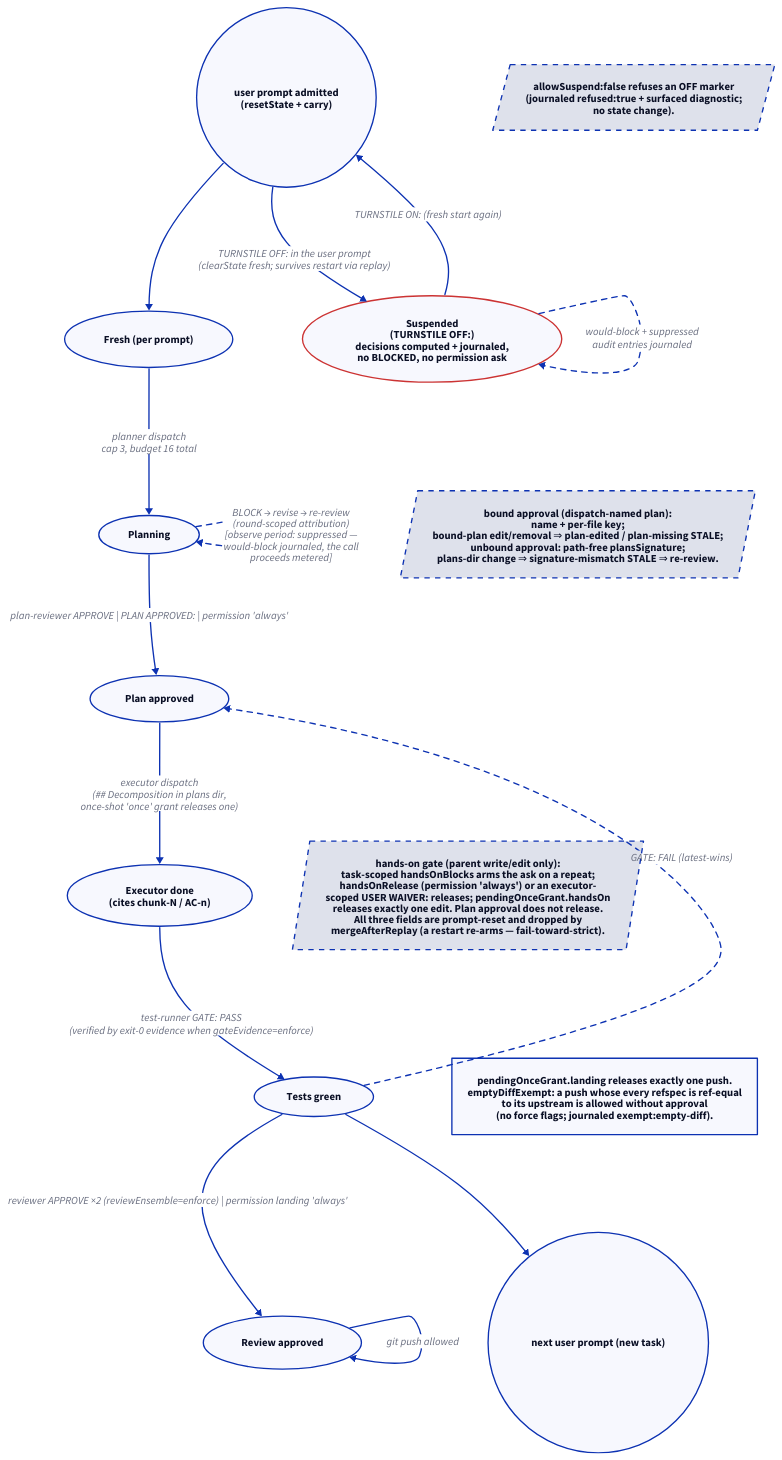
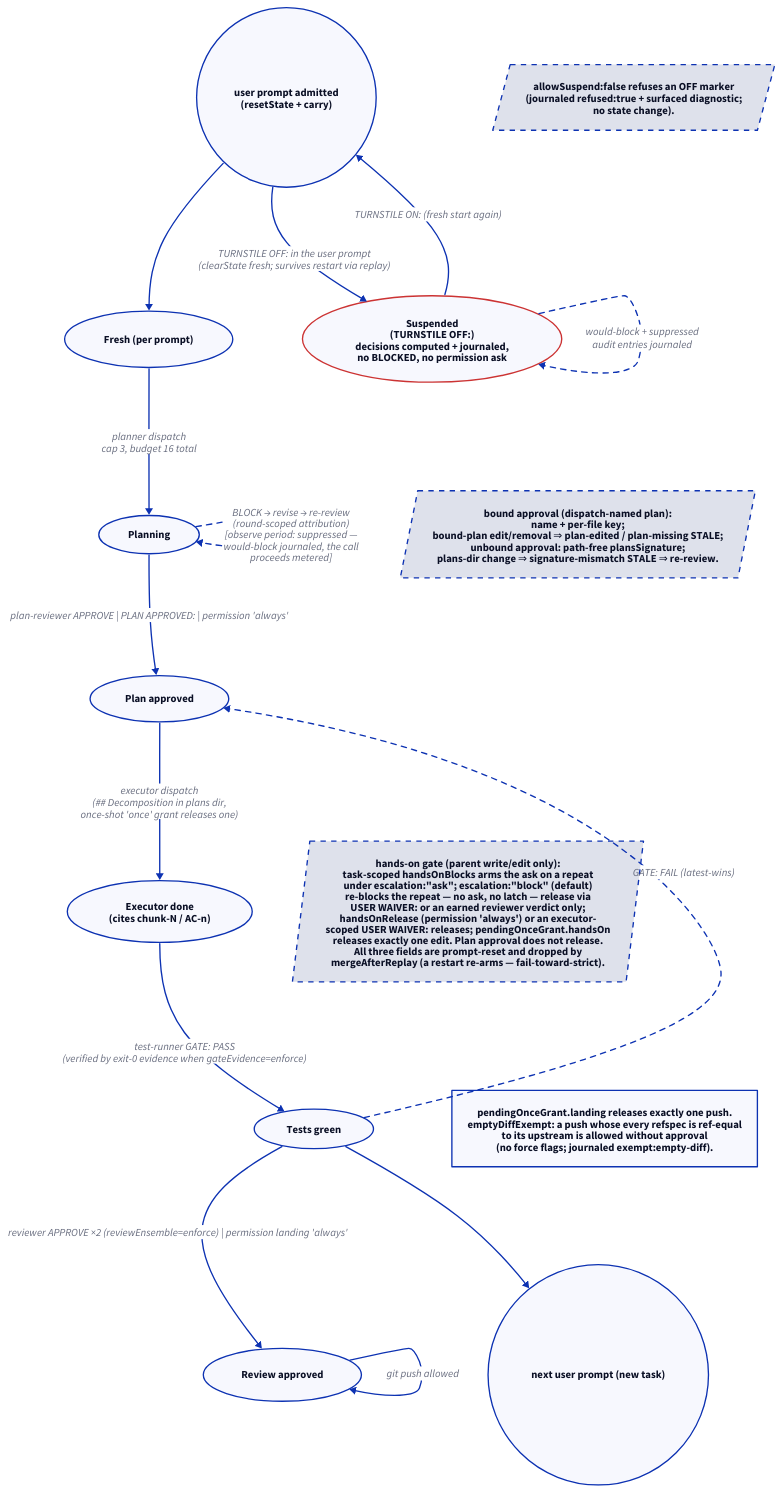
Before and after one commit to edseabolt/turnstile: the diagram in docs/diagrams/d04-gate-state.d2, drawn with D2. The commit also changed 23 other files, not shown here.

Commit message:
feat(gate)!: default escalation to block-only release (escalation: ask|block)

```diff
--- a/docs/diagrams/d04-gate-state.d2
+++ b/docs/diagrams/d04-gate-state.d2
@@ -1,78 +1,78 @@
 direction: down
 
 fresh: "Fresh (per prompt)" {
   shape: oval
 }
 planning: "Planning" {
   shape: oval
 }
 planok: "Plan approved" {
   shape: oval
 }
 executor: "Executor done\n(cites chunk-N / AC-n)" {
   shape: oval
 }
 green: "Tests green" {
   shape: oval
 }
 reviewed: "Review approved" {
   shape: oval
 }
 end: "next user prompt (new task)" {
   shape: circle
 }
 
 start: "user prompt admitted\n(resetState + carry)" {
   shape: circle
 }
 
 start -> fresh
 fresh -> planning: "planner dispatch\ncap 3, budget 16 total"
 planning -> planok: "plan-reviewer APPROVE | PLAN APPROVED: | permission 'always'"
 planning -> planning: "BLOCK → revise → re-review\n(round-scoped attribution)\n[observe period: suppressed —\nwould-block journaled, the call\nproceeds metered]" {
   style.stroke-dash: 4
 }
 planok -> executor: "executor dispatch\n(## Decomposition in plans dir,\nonce-shot 'once' grant releases one)"
 executor -> green: "test-runner GATE: PASS\n(verified by exit-0 evidence when gateEvidence=enforce)"
 green -> planok: "GATE: FAIL (latest-wins)" {
   style.stroke-dash: 4
 }
 green -> reviewed: "reviewer APPROVE ×2 (reviewEnsemble=enforce) | permission landing 'always'"
 reviewed -> reviewed: "git push allowed"
 green -> end
 
 suspend: "Suspended\n(TURNSTILE OFF:)\ndecisions computed + journaled,\nno BLOCKED, no permission ask" {
   shape: oval
   style.stroke: "#c33"
 }
 suspend -> suspend: "would-block + suppressed\naudit entries journaled" {
   style.stroke-dash: 4
 }
 start -> suspend: "TURNSTILE OFF: in the user prompt\n(clearState fresh; survives restart via replay)"
 suspend -> start: "TURNSTILE ON: (fresh start again)"
 refused-note: "allowSuspend:false refuses an OFF marker\n(journaled refused:true + surfaced diagnostic;\nno state change)." {
   style.stroke-dash: 4
   shape: parallelogram
 }
 refused-note -> suspend: "" {
   style.opacity: 0
 }
 
 planok-note: "bound approval (dispatch-named plan):\nname + per-file key;\nbound-plan edit/removal ⇒ plan-edited / plan-missing STALE;\nunbound approval: path-free plansSignature;\nplans-dir change ⇒ signature-mismatch STALE ⇒ re-review." {
   style.stroke-dash: 4
   shape: parallelogram
 }
 reviewed-note: "pendingOnceGrant.landing releases exactly one push.\nemptyDiffExempt: a push whose every refspec is ref-equal\nto its upstream is allowed without approval\n(no force flags; journaled exempt:empty-diff)."
-handson-note: "hands-on gate (parent write/edit only):\ntask-scoped handsOnBlocks arms the ask on a repeat;\nhandsOnRelease (permission 'always') or an executor-\nscoped USER WAIVER: releases; pendingOnceGrant.handsOn\nreleases exactly one edit. Plan approval does not release.\nAll three fields are prompt-reset and dropped by\nmergeAfterReplay (a restart re-arms — fail-toward-strict)." {
+handson-note: "hands-on gate (parent write/edit only):\ntask-scoped handsOnBlocks arms the ask on a repeat\nunder escalation:\"ask\"; escalation:\"block\" (default)\nre-blocks the repeat — no ask, no latch — release via\nUSER WAIVER: or an earned reviewer verdict only;\nhandsOnRelease (permission 'always') or an executor-\nscoped USER WAIVER: releases; pendingOnceGrant.handsOn\nreleases exactly one edit. Plan approval does not release.\nAll three fields are prompt-reset and dropped by\nmergeAfterReplay (a restart re-arms — fail-toward-strict)." {
   style.stroke-dash: 4
   shape: parallelogram
 }
 planok-note -> planok: "" {
   style.opacity: 0
 }
 reviewed-note -> reviewed: "" {
   style.opacity: 0
 }
 handson-note -> green: "" {
   style.opacity: 0
 }
```
